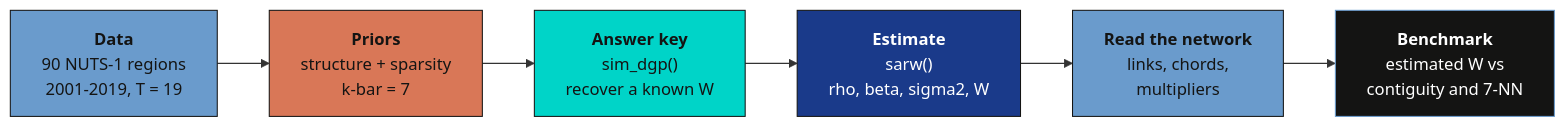
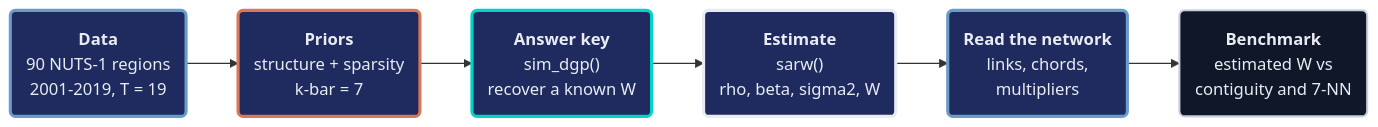
One commit to cmg777/starter-academic-v501 changed the first of 4 diagrams in content/post/r_estimateW/index.md. Above: the diagram before and after it, drawn with Mermaid. The commit also changed other lines of this file and 2 other files, not shown here.

First line of the commit message:
content(mermaid): restyle flowcharts in stata_rct, python_dowhy, r_estimateW (pilot)

````diff
--- a/content/post/r_estimateW/index.md
+++ b/content/post/r_estimateW/index.md
@@ -81,15 +81,18 @@
 ```mermaid
 graph LR
-    A["<b>Data</b><br/>90 NUTS-1 regions<br/>2001-2019, T = 19"] --> B["<b>Priors</b><br/>structure + sparsity<br/>k-bar = 7"]
-    B --> C["<b>Answer key</b><br/>sim_dgp()<br/>recover a known W"]
-    C --> D["<b>Estimate</b><br/>sarw()<br/>rho, beta, sigma2, W"]
-    D --> E["<b>Read the network</b><br/>links, chords,<br/>multipliers"]
-    E --> F["<b>Benchmark</b><br/>estimated W vs<br/>contiguity and 7-NN"]
-
-    style A fill:#6a9bcc,stroke:#141413,color:#141413
-    style B fill:#d97757,stroke:#141413,color:#141413
-    style C fill:#00d4c8,stroke:#141413,color:#141413
-    style D fill:#1a3a8a,stroke:#141413,color:#fff
-    style E fill:#6a9bcc,stroke:#141413,color:#141413
-    style F fill:#141413,stroke:#6a9bcc,color:#fff
+    A("<b>Data</b><br/>90 NUTS-1 regions<br/>2001-2019, T = 19") --> B("<b>Priors</b><br/>structure + sparsity<br/>k-bar = 7")
+    B --> C("<b>Answer key</b><br/>sim_dgp()<br/>recover a known W")
+    C --> D("<b>Estimate</b><br/>sarw()<br/>rho, beta, sigma2, W")
+    D --> E("<b>Read the network</b><br/>links, chords,<br/>multipliers")
+    E --> F("<b>Benchmark</b><br/>estimated W vs<br/>contiguity and 7-NN")
+    classDef blue fill:#1f2b5e,stroke:#6a9bcc,stroke-width:3px,color:#e8ecf2
+    classDef orange fill:#1f2b5e,stroke:#d97757,stroke-width:3px,color:#e8ecf2
+    classDef teal fill:#1f2b5e,stroke:#00d4c8,stroke-width:3px,color:#e8ecf2
+    classDef key fill:#1f2b5e,stroke:#e8ecf2,stroke-width:3px,color:#e8ecf2
+    classDef anchor fill:#0f1729,stroke:#c8d0e0,stroke-width:2px,color:#e8ecf2
+    class A,E blue
+    class B orange
+    class C teal
+    class D key
+    class F anchor
 ```
````
